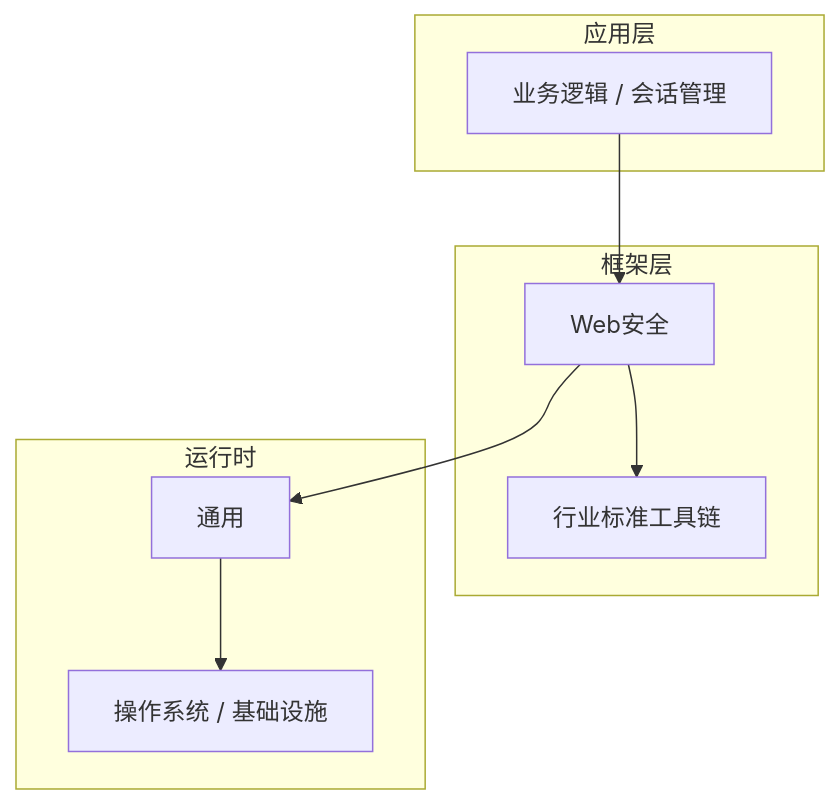
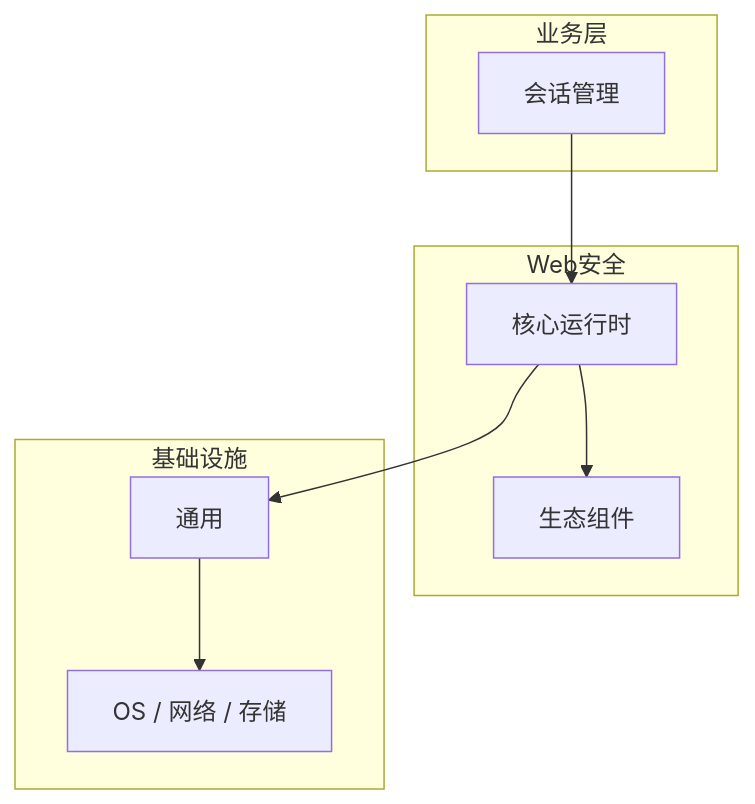
The diagram in articles/Web安全/chapters/071-会话管理核心概念与原理.md (yanggan2015/knowledge-json-v2), drawn with Mermaid before and after one commit. The commit also changed other lines of this file and 10127 other files, not shown here.

````diff
--- a/articles/Web安全/chapters/071-会话管理核心概念与原理.md
+++ b/articles/Web安全/chapters/071-会话管理核心概念与原理.md
@@ -46,18 +31,18 @@
 ```mermaid
 graph TB
-    subgraph 应用层
-        A[业务逻辑 / 会话管理]
+    subgraph 业务层
+        A[会话管理]
     end
-    subgraph 框架层
-        B[Web安全]
-        C[行业标准工具链]
+    subgraph Web安全
+        B[核心运行时]
+        C[生态组件]
     end
-    subgraph 运行时
+    subgraph 基础设施
         D[通用]
-        E[操作系统 / 基础设施]
+        E[OS / 网络 / 存储]
     end
     A --> B
     B --> C
     B --> D
     D --> E
 ```
````
